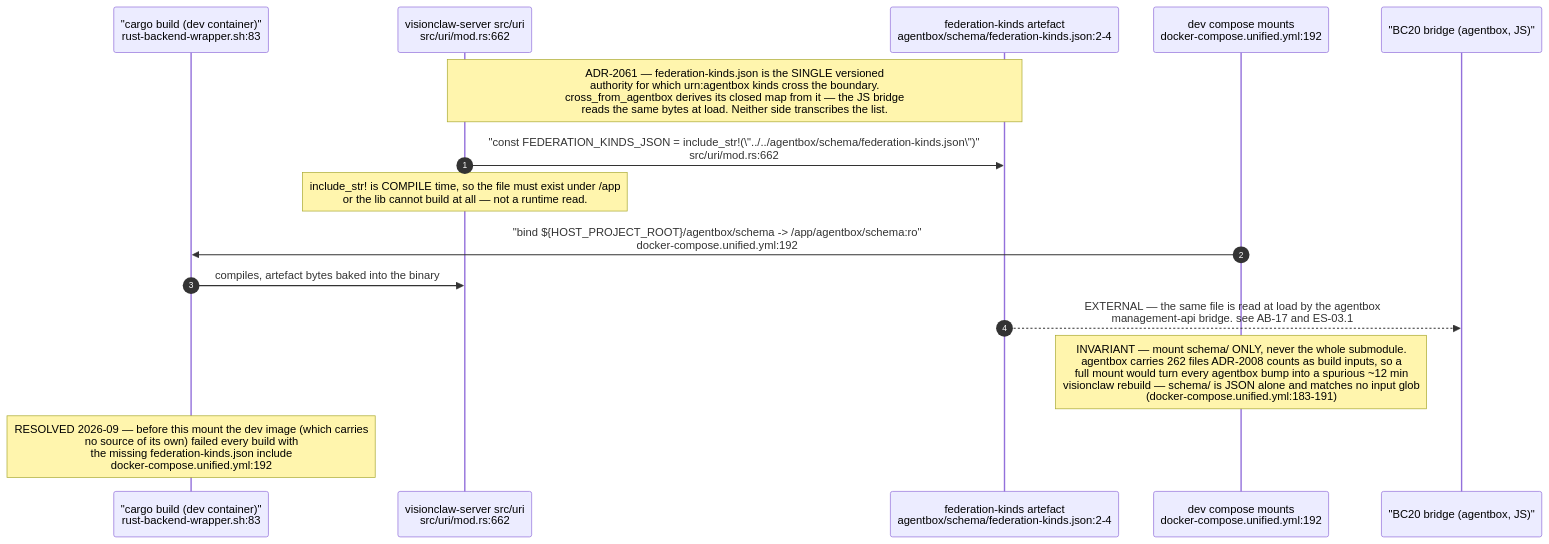
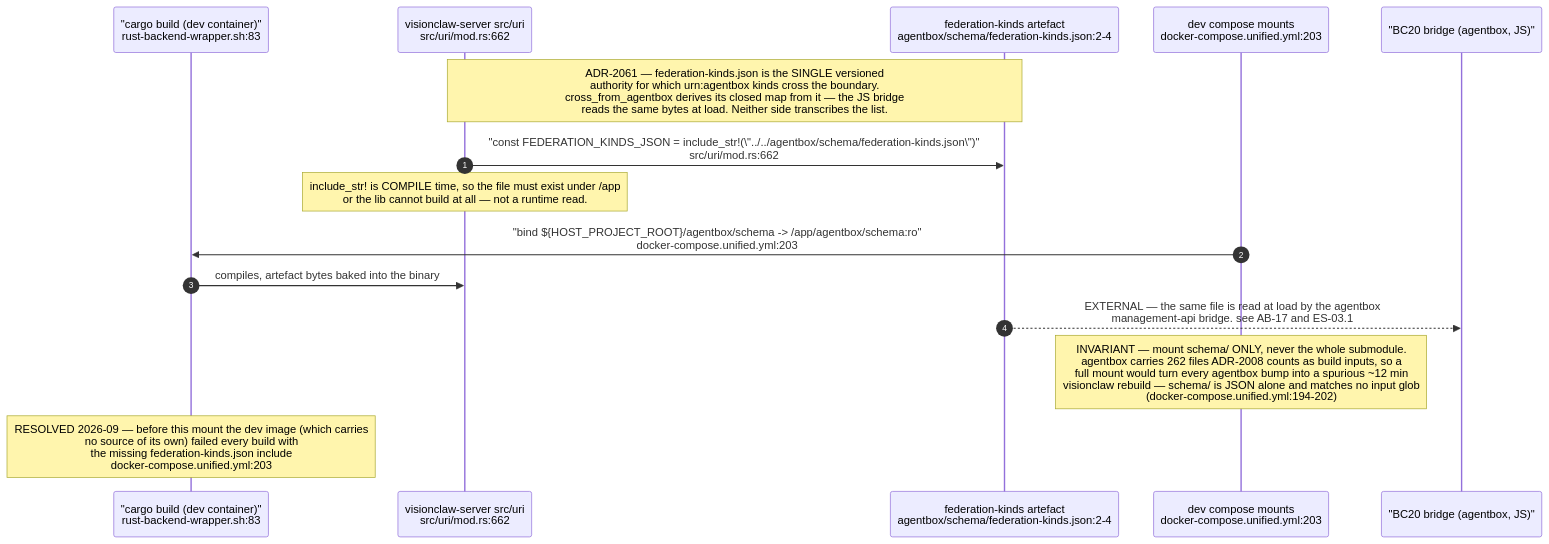
Diagram 20 of 24 in docs/diagrams/estate/09-build-deploy-and-ci-estate.md (DreamLab-AI/VisionFlow), drawn with Mermaid before and after one commit. The commit also changed other lines of this file and 142 other files, not shown here.

First line of the commit message:
docs(diagrams): one System One route; re-verify 140 topics at today's heads

````diff
--- a/docs/diagrams/estate/09-build-deploy-and-ci-estate.md
+++ b/docs/diagrams/estate/09-build-deploy-and-ci-estate.md
@@ -708,18 +708,18 @@
 ```mermaid
 sequenceDiagram
     autonumber
     participant CB as "cargo build (dev container)"<br/>rust-backend-wrapper.sh:83
     participant URI as visionclaw-server src/uri<br/>src/uri/mod.rs:662
     participant FK as federation-kinds artefact<br/>agentbox/schema/federation-kinds.json:2-4
-    participant CMP as dev compose mounts<br/>docker-compose.unified.yml:192
+    participant CMP as dev compose mounts<br/>docker-compose.unified.yml:203
     participant BR as "BC20 bridge (agentbox, JS)"
 
     Note over URI,FK: ADR-2061 — federation-kinds.json is the SINGLE versioned<br/>authority for which urn:agentbox kinds cross the boundary.<br/>cross_from_agentbox derives its closed map from it — the JS bridge<br/>reads the same bytes at load. Neither side transcribes the list.
     URI->>FK: "const FEDERATION_KINDS_JSON = include_str!(\"../../agentbox/schema/federation-kinds.json\")"<br/>src/uri/mod.rs:662
     Note over URI: include_str! is COMPILE time, so the file must exist under /app<br/>or the lib cannot build at all — not a runtime read.
-    CMP->>CB: "bind ${HOST_PROJECT_ROOT}/agentbox/schema -> /app/agentbox/schema:ro"<br/>docker-compose.unified.yml:192
+    CMP->>CB: "bind ${HOST_PROJECT_ROOT}/agentbox/schema -> /app/agentbox/schema:ro"<br/>docker-compose.unified.yml:203
     CB->>URI: compiles, artefact bytes baked into the binary
     FK-->>BR: EXTERNAL — the same file is read at load by the agentbox<br/>management-api bridge. see AB-17 and ES-03.1
-    Note over CMP: INVARIANT — mount schema/ ONLY, never the whole submodule.<br/>agentbox carries 262 files ADR-2008 counts as build inputs, so a<br/>full mount would turn every agentbox bump into a spurious ~12 min<br/>visionclaw rebuild — schema/ is JSON alone and matches no input glob<br/>(docker-compose.unified.yml:183-191)
-    Note over CB: RESOLVED 2026-09 — before this mount the dev image (which carries<br/>no source of its own) failed every build with<br/>the missing federation-kinds.json include<br/>docker-compose.unified.yml:192
+    Note over CMP: INVARIANT — mount schema/ ONLY, never the whole submodule.<br/>agentbox carries 262 files ADR-2008 counts as build inputs, so a<br/>full mount would turn every agentbox bump into a spurious ~12 min<br/>visionclaw rebuild — schema/ is JSON alone and matches no input glob<br/>(docker-compose.unified.yml:194-202)
+    Note over CB: RESOLVED 2026-09 — before this mount the dev image (which carries<br/>no source of its own) failed every build with<br/>the missing federation-kinds.json include<br/>docker-compose.unified.yml:203
 ```
````
